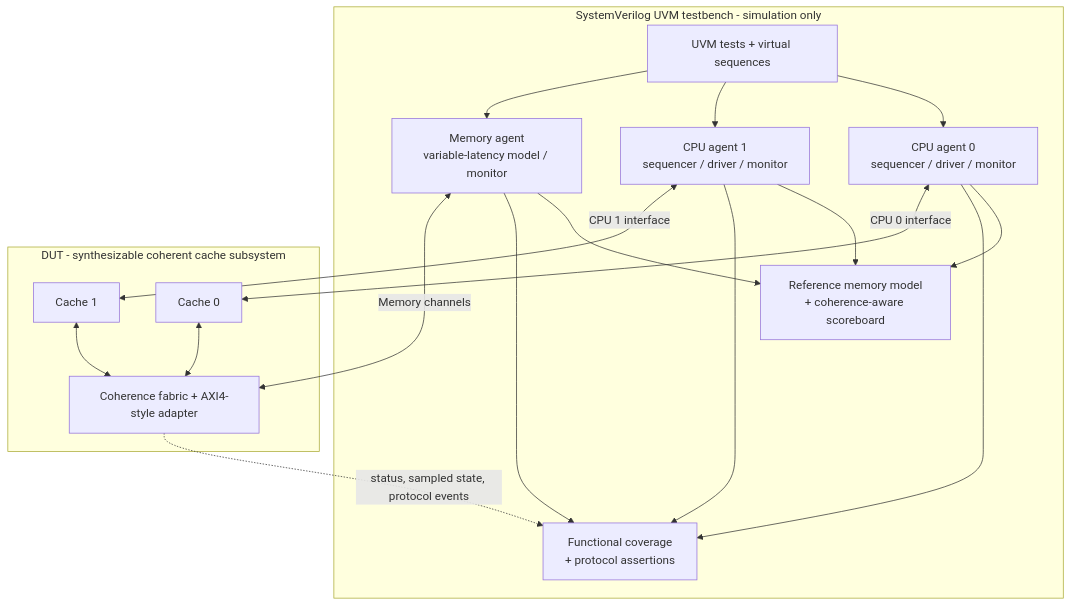
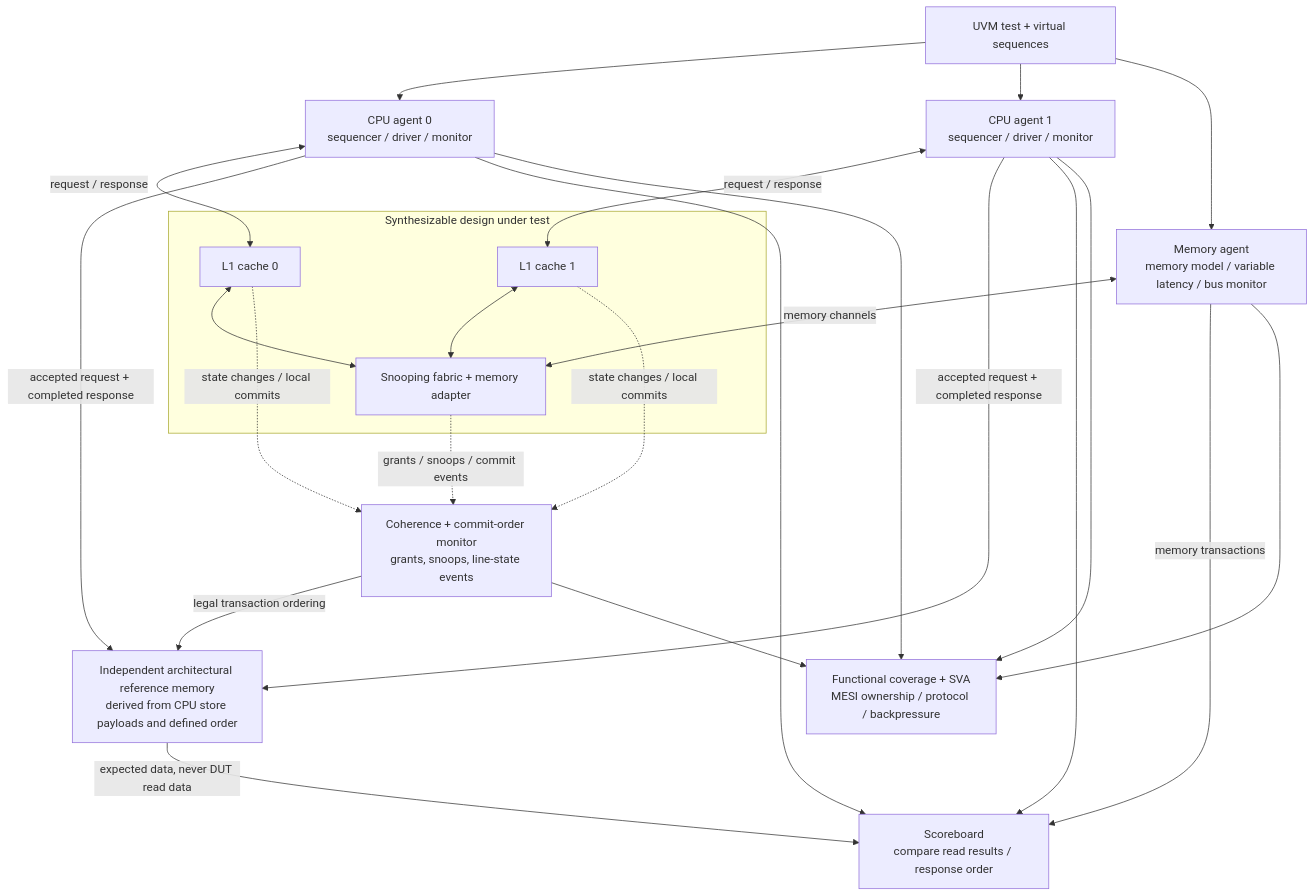
The diagram in diagrams/05_uvm_verification_environment.mmd (ml13c/Coherent-Cache---Memory-Subsytem), drawn with Mermaid before and after one commit. The commit also changed 23 other files, not shown here.

```diff
--- a/diagrams/05_uvm_verification_environment.mmd
+++ b/diagrams/05_uvm_verification_environment.mmd
@@ -1,34 +1,36 @@
 flowchart TB
-    subgraph TB[SystemVerilog UVM testbench - simulation only]
-      TEST[UVM tests + virtual sequences]
-      AG0[CPU agent 0
-sequencer / driver / monitor]
-      AG1[CPU agent 1
-sequencer / driver / monitor]
-      MEM[Memory agent
-variable-latency model / monitor]
-      SB[Reference memory model
-+ coherence-aware scoreboard]
-      COV[Functional coverage
-+ protocol assertions]
-      TEST --> AG0
-      TEST --> AG1
-      TEST --> MEM
-      AG0 --> SB
-      AG1 --> SB
-      AG0 --> COV
-      AG1 --> COV
-      MEM --> SB
-      MEM --> COV
+    TEST[UVM test + virtual sequences]
+    AG0[CPU agent 0<br/>sequencer / driver / monitor]
+    AG1[CPU agent 1<br/>sequencer / driver / monitor]
+    MEM[Memory agent<br/>memory model / variable latency / bus monitor]
+    ORDER[Coherence + commit-order monitor<br/>grants, snoops, line-state events]
+    MODEL[Independent architectural reference memory<br/>derived from CPU store payloads and defined order]
+    SB[Scoreboard<br/>compare read results / response order]
+    COV[Functional coverage + SVA<br/>MESI ownership / protocol / backpressure]
+    subgraph DUT[Synthesizable design under test]
+      C0[L1 cache 0]
+      FAB[Snooping fabric + memory adapter]
+      C1[L1 cache 1]
+      C0 <--> FAB
+      C1 <--> FAB
     end
-    subgraph RTL[DUT - synthesizable coherent cache subsystem]
-      DUT0[Cache 0]
-      BUS[Coherence fabric + AXI4-style adapter]
-      DUT1[Cache 1]
-      DUT0 <--> BUS
-      DUT1 <--> BUS
-    end
-    AG0 <-->|CPU 0 interface| DUT0
-    AG1 <-->|CPU 1 interface| DUT1
-    MEM <-->|Memory channels| BUS
-    BUS -. status, sampled state, protocol events .-> COV
+    TEST --> AG0
+    TEST --> AG1
+    TEST --> MEM
+    AG0 <-->|request / response| C0
+    AG1 <-->|request / response| C1
+    MEM <-->|memory channels| FAB
+    AG0 -->|accepted request + completed response| MODEL
+    AG1 -->|accepted request + completed response| MODEL
+    AG0 --> SB
+    AG1 --> SB
+    MEM -->|memory transactions| SB
+    FAB -. grants / snoops / commit events .-> ORDER
+    C0 -. state changes / local commits .-> ORDER
+    C1 -. state changes / local commits .-> ORDER
+    ORDER -->|legal transaction ordering| MODEL
+    MODEL -->|expected data, never DUT read data| SB
+    ORDER --> COV
+    AG0 --> COV
+    AG1 --> COV
+    MEM --> COV
```
